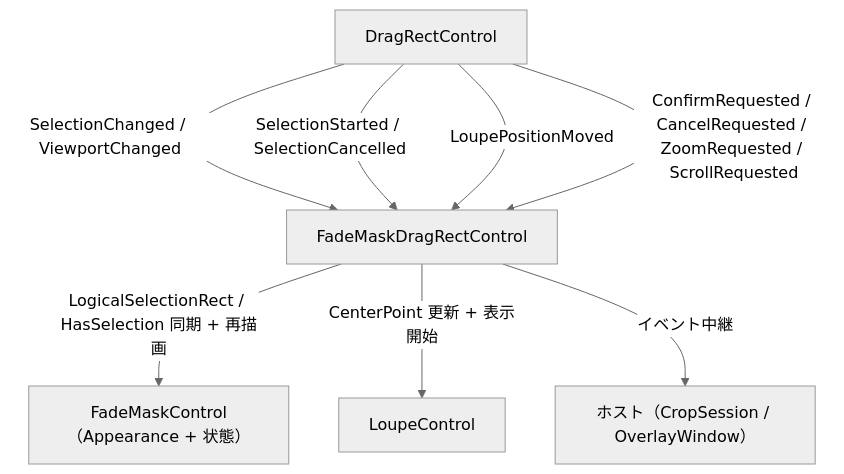
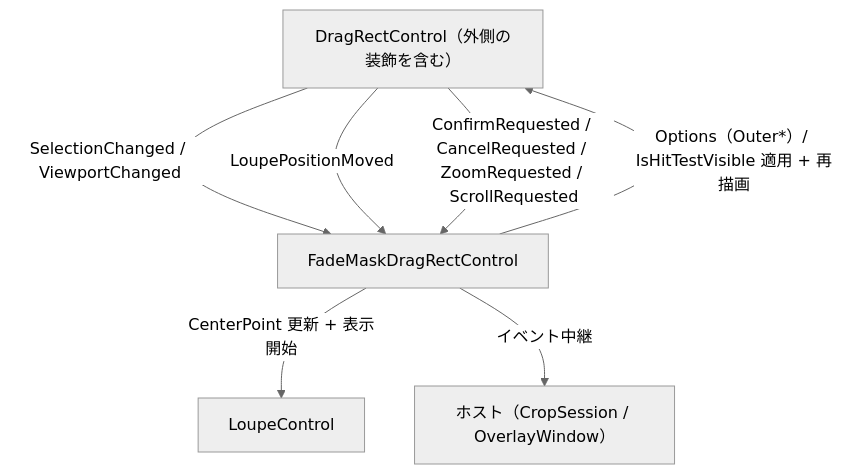
One commit to tomokuni/SaveEvidence changed the diagram in src/FadeMaskDragRectControl.AvaloniaUI/SPEC_ExtFunc.md. Above: the diagram before and after it, drawn with Mermaid (neutral theme). The commit also changed other lines of this file and 178 other files, not shown here.

````diff
--- a/src/FadeMaskDragRectControl.AvaloniaUI/SPEC_ExtFunc.md
+++ b/src/FadeMaskDragRectControl.AvaloniaUI/SPEC_ExtFunc.md
@@ -218,10 +214,10 @@
 ```mermaid
 graph TD
-    DR["DragRectControl"] -->|"SelectionChanged / ViewportChanged"| SC["FadeMaskDragRectControl"]
-    DR -->|"SelectionStarted / SelectionCancelled"| SC
+    DR["DragRectControl（外側の装飾を含む）"] -->|"SelectionChanged / ViewportChanged"| SC["FadeMaskDragRectControl"]
+
     DR -->|"LoupePositionMoved"| SC
     DR -->|"ConfirmRequested / CancelRequested / ZoomRequested / ScrollRequested"| SC
-    SC -->|"LogicalSelectionRect / HasSelection 同期 + 再描画"| FM["FadeMaskControl（Appearance + 状態）"]
+    SC -->|"Options（Outer*）/ IsHitTestVisible 適用 + 再描画"| DR
     SC -->|"CenterPoint 更新 + 表示開始"| LC["LoupeControl"]
     SC -->|"イベント中継"| HOST["ホスト（CropSession / OverlayWindow）"]
 ```
````
